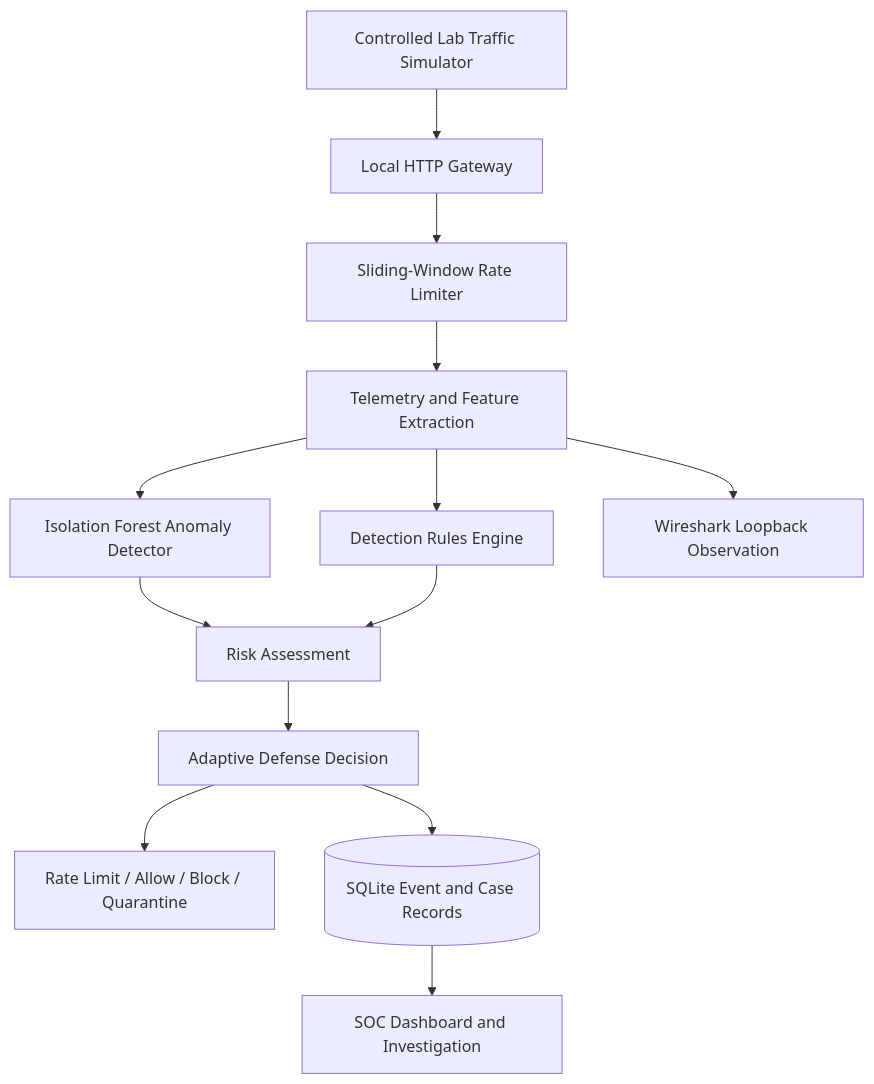
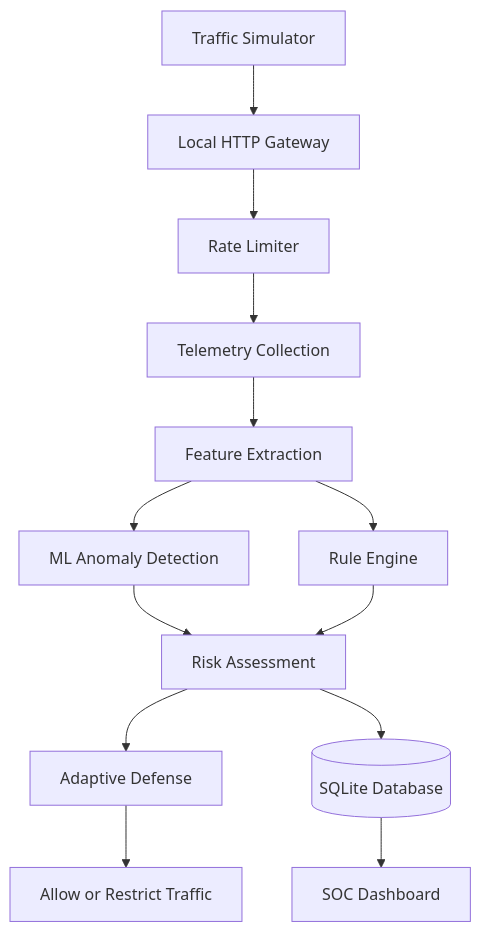
One commit to manasvig-cyber/Captain-Shield changed the first of 2 diagrams in README.md. Above: the diagram before and after it, drawn with Mermaid. The commit also changed other lines of this file, not shown here.

````diff
--- a/README.md
+++ b/README.md
@@ -62,15 +31,15 @@
 ```mermaid
 flowchart TD
-    A["Controlled Lab Traffic Simulator"] --> B["Local HTTP Gateway"]
-    B --> C["Sliding-Window Rate Limiter"]
-    C --> D["Telemetry and Feature Extraction"]
-    D --> E["Isolation Forest Anomaly Detector"]
-    D --> F["Detection Rules Engine"]
-    E --> G["Risk Assessment"]
-    F --> G
-    G --> H["Adaptive Defense Decision"]
-    H --> I["Rate Limit / Allow / Block / Quarantine"]
-    H --> J[("SQLite Event and Case Records")]
-    J --> K["SOC Dashboard and Investigation"]
-    D --> L["Wireshark Loopback Observation"]
+    A[Traffic Simulator] --> B[Local HTTP Gateway]
+    B --> C[Rate Limiter]
+    C --> D[Telemetry Collection]
+    D --> E[Feature Extraction]
+    E --> F[ML Anomaly Detection]
+    E --> G[Rule Engine]
+    F --> H[Risk Assessment]
+    G --> H
+    H --> I[Adaptive Defense]
+    I --> J[Allow or Restrict Traffic]
+    H --> K[(SQLite Database)]
+    K --> L[SOC Dashboard]
 ```
````
